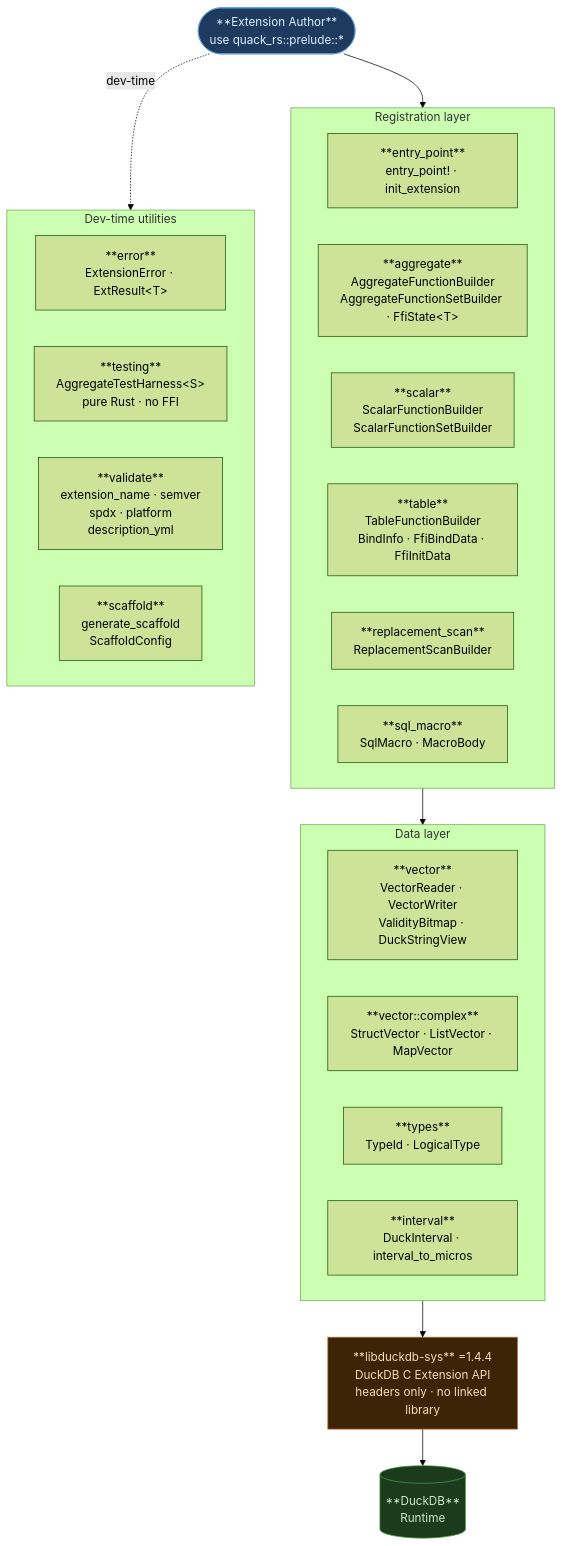
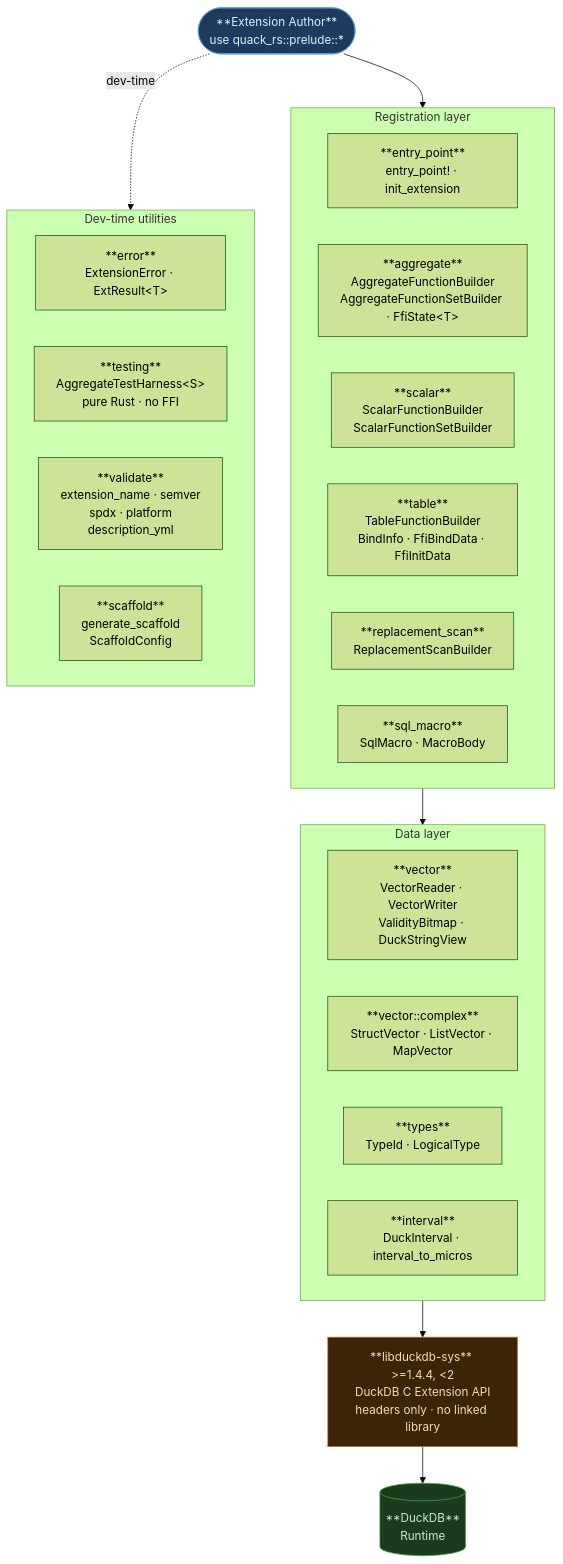
The diagram in README.md (tomtom215/quack-rs), drawn with Mermaid (forest theme) before and after one commit. The commit also changed other lines of this file and 6 other files, not shown here.

````diff
--- a/README.md
+++ b/README.md
@@ -543,44 +548,44 @@
 ```mermaid
 flowchart TB
     Author(["**Extension Author**<br/>use quack_rs::prelude::*"]):::author
 
     subgraph REG ["Registration layer"]
         direction LR
         EP["**entry_point**<br/>entry_point! · init_extension"]
         AGG["**aggregate**<br/>AggregateFunctionBuilder<br/>AggregateFunctionSetBuilder · FfiState&lt;T&gt;"]
         SCL["**scalar**<br/>ScalarFunctionBuilder<br/>ScalarFunctionSetBuilder"]
         TBL["**table**<br/>TableFunctionBuilder<br/>BindInfo · FfiBindData · FfiInitData"]
         RSC["**replacement_scan**<br/>ReplacementScanBuilder"]
         SM["**sql_macro**<br/>SqlMacro · MacroBody"]
     end
 
     subgraph DATA ["Data layer"]
         direction LR
         VEC["**vector**<br/>VectorReader · VectorWriter<br/>ValidityBitmap · DuckStringView"]
         CMP["**vector::complex**<br/>StructVector · ListVector · MapVector"]
         TYP["**types**<br/>TypeId · LogicalType"]
         INT["**interval**<br/>DuckInterval · interval_to_micros"]
     end
 
-    SYS["**libduckdb-sys** =1.4.4<br/>DuckDB C Extension API<br/>headers only · no linked library"]:::ffi
+    SYS["**libduckdb-sys** >=1.4.4, &lt;2<br/>DuckDB C Extension API<br/>headers only · no linked library"]:::ffi
 
     RT[("**DuckDB**<br/>Runtime")]:::duckdb
 
     subgraph DEV ["Dev-time utilities"]
         direction LR
         ERR["**error**<br/>ExtensionError · ExtResult&lt;T&gt;"]
         TST["**testing**<br/>AggregateTestHarness&lt;S&gt;<br/>pure Rust · no FFI"]
         VAL["**validate**<br/>extension_name · semver<br/>spdx · platform<br/>description_yml"]
         SCF["**scaffold**<br/>generate_scaffold<br/>ScaffoldConfig"]
     end
 
     Author --> REG
     REG    --> DATA
     DATA   --> SYS
     SYS    --> RT
     Author -.->|"dev-time"| DEV
 
     classDef author fill:#1e3a5f,stroke:#5a9fd4,color:#ddf0ff
     classDef ffi fill:#3d2406,stroke:#c87941,color:#f5dbb4
     classDef duckdb fill:#1c3b1c,stroke:#4a9e4a,color:#c8ecc8
 ```
````
